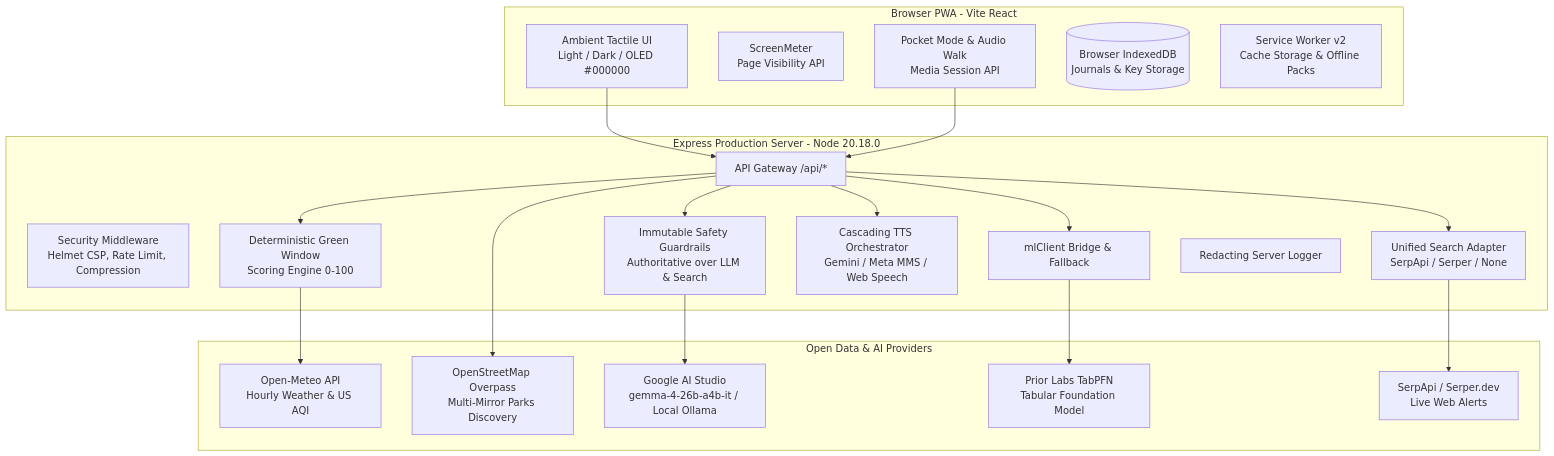
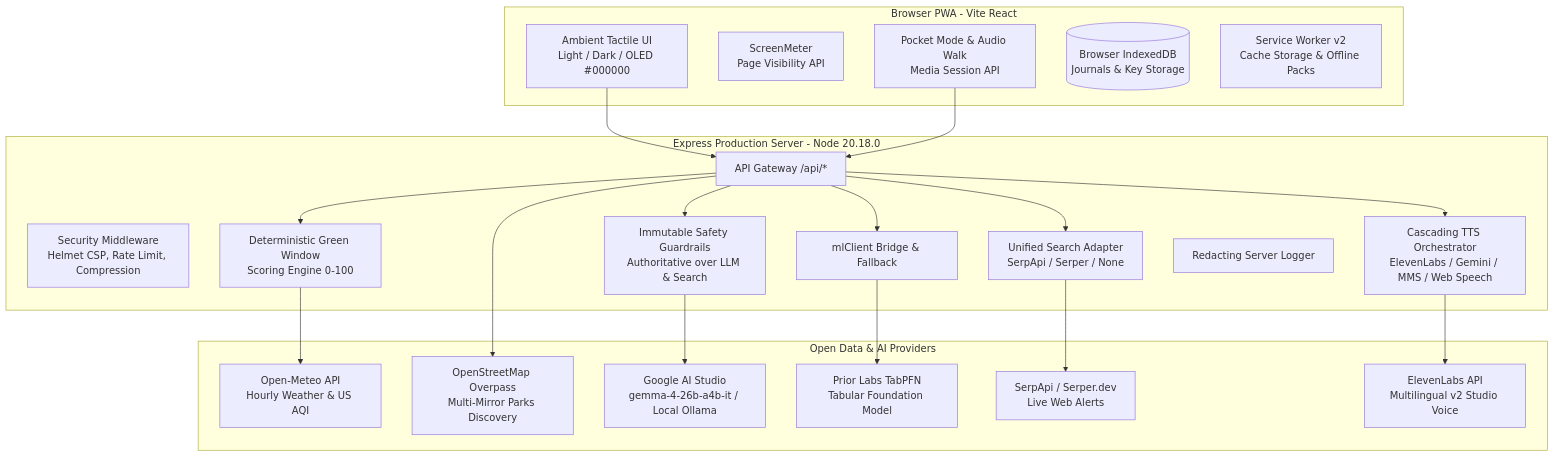
Before and after one commit to SayemR0018/sobujGhonta: the diagram in README.md, drawn with Mermaid. The commit also changed other lines of this file and 5 other files, not shown here.

Commit message:
feat(tts): integrate ElevenLabs studio narration, custom voice resolution, and update challenge write-up & README

````diff
--- a/README.md
+++ b/README.md
@@ -41,43 +41,45 @@
 ```mermaid
 graph TD
     subgraph Client [Browser PWA - Vite React]
         UI[Ambient Tactile UI<br/>Light / Dark / OLED #000000]
         SM[ScreenMeter<br/>Page Visibility API]
         PMode[Pocket Mode & Audio Walk<br/>Media Session API]
         IDB[(Browser IndexedDB<br/>Journals & Key Storage)]
         SW[Service Worker v2<br/>Cache Storage & Offline Packs]
     end
 
     subgraph Server [Express Production Server - Node 20.18.0]
         Proxy[Security Middleware<br/>Helmet CSP, Rate Limit, Compression]
         Router[API Gateway /api/*]
         ScoreEngine[Deterministic Green Window<br/>Scoring Engine 0-100]
         Guardrails[Immutable Safety Guardrails<br/>Authoritative over LLM & Search]
         SearchAdapter[Unified Search Adapter<br/>SerpApi / Serper / None]
-        TTSOrch[Cascading TTS Orchestrator<br/>Gemini / Meta MMS / Web Speech]
+        TTSOrch[Cascading TTS Orchestrator<br/>ElevenLabs / Gemini / MMS / Web Speech]
         MLBridge[mlClient Bridge & Fallback]
         SecLog[Redacting Server Logger]
     end
 
     subgraph External [Open Data & AI Providers]
         OM[Open-Meteo API<br/>Hourly Weather & US AQI]
         OSM[OpenStreetMap Overpass<br/>Multi-Mirror Parks Discovery]
         Gemma[Google AI Studio<br/>gemma-4-26b-a4b-it / Local Ollama]
         PriorLabs[Prior Labs TabPFN<br/>Tabular Foundation Model]
         SearchAPI[SerpApi / Serper.dev<br/>Live Web Alerts]
+        ElevenLabs[ElevenLabs API<br/>Multilingual v2 Studio Voice]
     end
 
     UI --> Router
     PMode --> Router
     Router --> ScoreEngine
     Router --> Guardrails
     Router --> SearchAdapter
     Router --> TTSOrch
     Router --> MLBridge
     
     ScoreEngine --> OM
     Router --> OSM
     Guardrails --> Gemma
     SearchAdapter --> SearchAPI
     MLBridge --> PriorLabs
+    TTSOrch --> ElevenLabs
 ```
````
